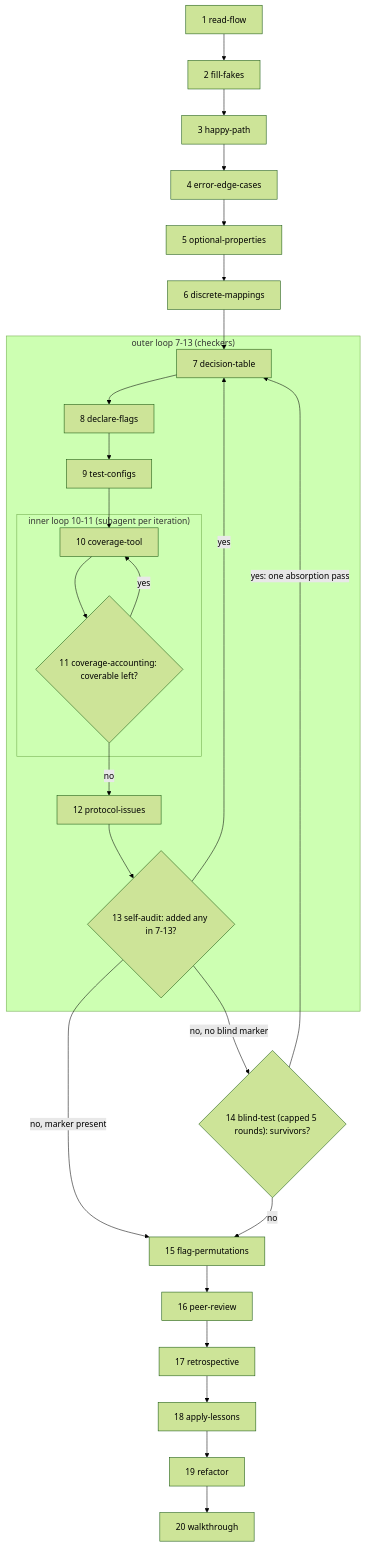
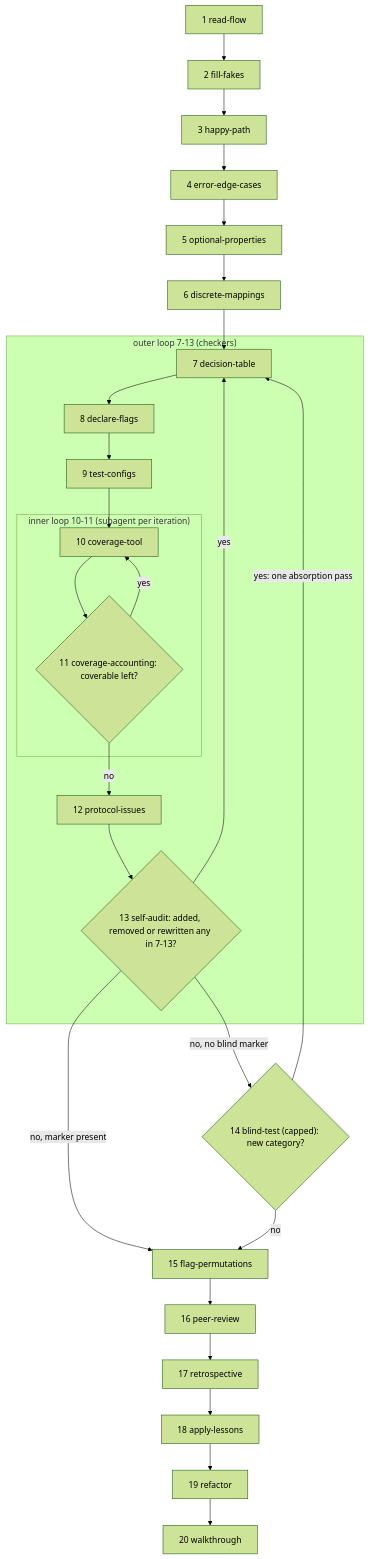
One commit to forter/telem-seed changed the diagram in seed/skills/backfill.md. Above: the diagram before and after it, drawn with Mermaid (forest theme). The commit also changed other lines of this file, not shown here.

Commit message:
fix(seed): blind-test stops when a round adds no new category; sync the flowchart labels

````diff
--- a/seed/skills/backfill.md
+++ b/seed/skills/backfill.md
@@ -94,23 +94,23 @@
 ```mermaid
 flowchart
    S1["1 read-flow"] --> S2["2 fill-fakes"] --> S3["3 happy-path"] --> S4["4 error-edge-cases"] --> S5["5 optional-properties"] --> S6["6 discrete-mappings"]
 
    subgraph OUTER["outer loop 7-13 (checkers)"]
       S7["7 decision-table"] --> S8["8 declare-flags"] --> S9["9 test-configs"]
       subgraph INNER["inner loop 10-11 (subagent per iteration)"]
          S10["10 coverage-tool"] --> S11{"11 coverage-accounting: coverable left?"}
          S11 -->|yes| S10
       end
       S9 --> S10
-      S11 -->|no| S12["12 protocol-issues"] --> S13{"13 self-audit: added any in 7-13?"}
+      S11 -->|no| S12["12 protocol-issues"] --> S13{"13 self-audit: added, removed or rewritten any in 7-13?"}
    end
 
    S6 --> S7
    S13 -->|yes| S7
-   S13 -->|" no, no blind marker "| S14{"14 blind-test (capped 5 rounds): survivors?"}
+   S13 -->|" no, no blind marker "| S14{"14 blind-test (capped): new category?"}
    S15["15 flag-permutations"]
    S14 -->|" yes: one absorption pass "| S7
    S13 -->|" no, marker present "| S15
    S14 -->|no| S15
    S15 --> S16["16 peer-review"] --> S17["17 retrospective"] --> S18["18 apply-lessons"] --> S19["19 refactor"] --> S20["20 walkthrough"]
 ```
````
